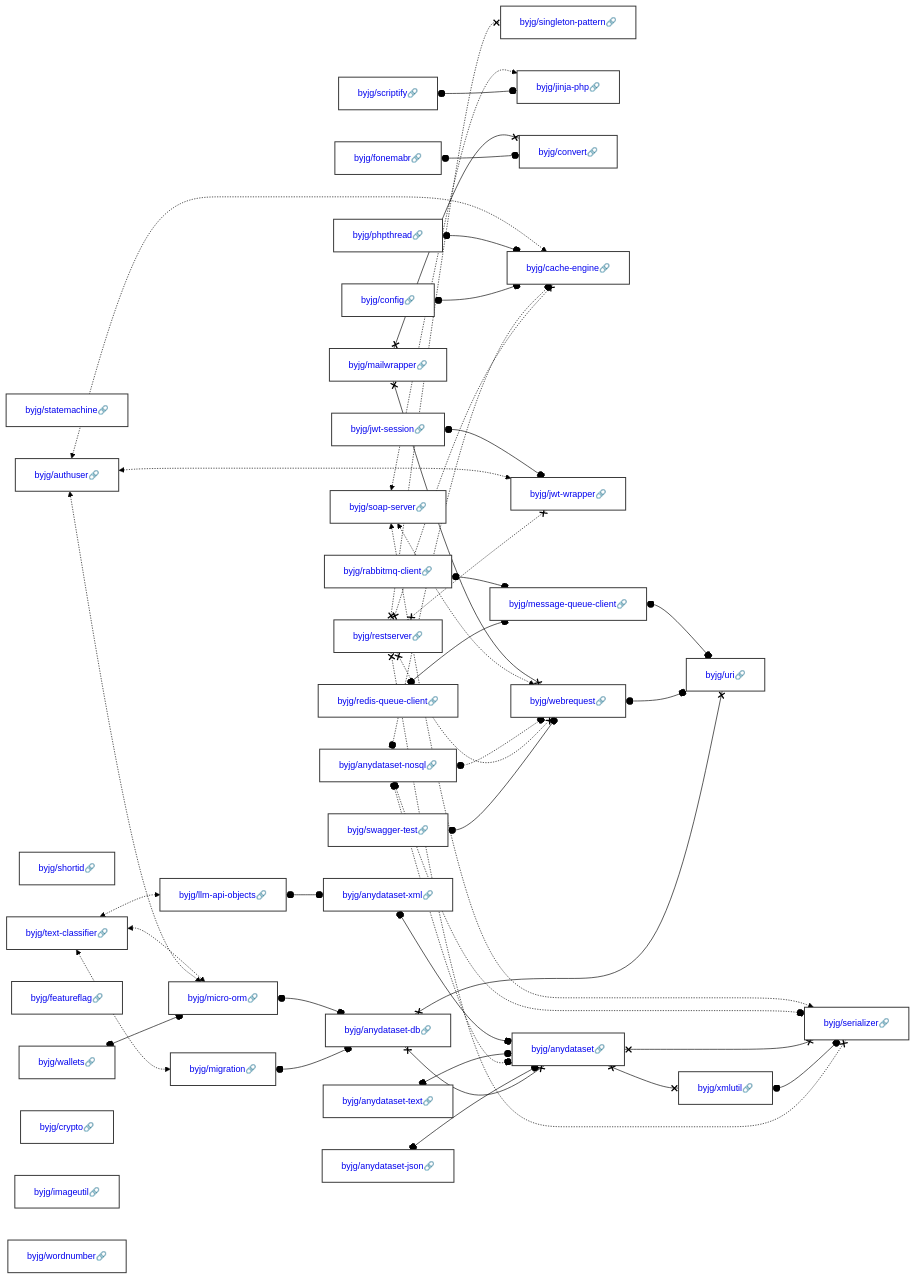
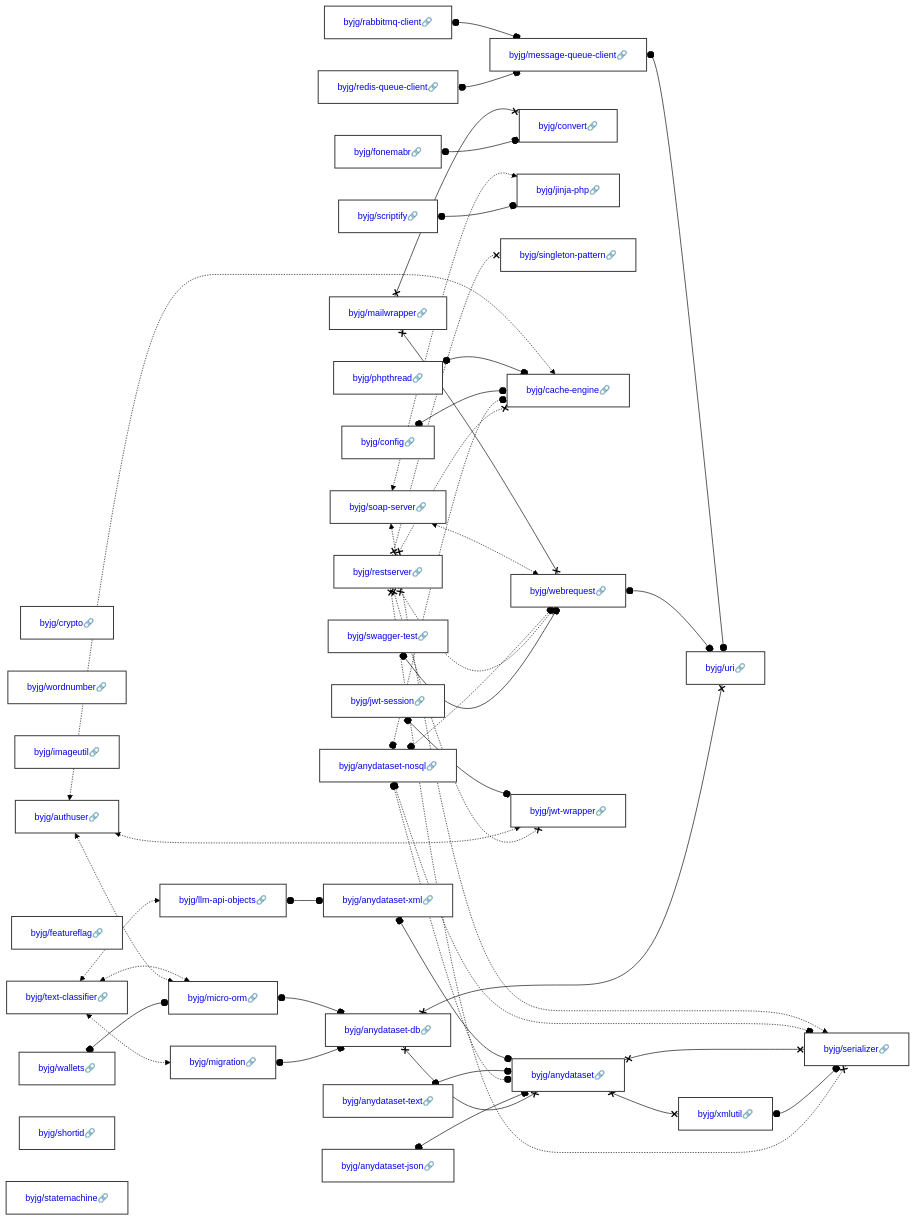
One commit to byjg/byjg.github.io changed the diagram in docs/php/README.md. Above: the diagram before and after it, drawn with Mermaid (forest theme). The commit also changed other lines of this file, not shown here.

Commit message:
Update documentation 'php' 'php-gluo-core'

````diff
--- a/docs/php/README.md
+++ b/docs/php/README.md
@@ -3,42 +3,42 @@
 ```mermaid
 graph LR;
-  byjg/statemachine[<a href='https://opensource.byjg.com/docs/php/statemachine' style='text-decoration:none'>byjg/statemachine🔗</a>];
+  byjg/jwt-session[<a href='https://opensource.byjg.com/docs/php/jwt-session' style='text-decoration:none'>byjg/jwt-session🔗</a>];
+  byjg/redis-queue-client[<a href='https://opensource.byjg.com/docs/php/redis-queue-client' style='text-decoration:none'>byjg/redis-queue-client🔗</a>];
+  byjg/rabbitmq-client[<a href='https://opensource.byjg.com/docs/php/rabbitmq-client' style='text-decoration:none'>byjg/rabbitmq-client🔗</a>];
+  byjg/crypto[<a href='https://opensource.byjg.com/docs/php/crypto' style='text-decoration:none'>byjg/crypto🔗</a>];
+  byjg/config[<a href='https://opensource.byjg.com/docs/php/config' style='text-decoration:none'>byjg/config🔗</a>];
+  byjg/wordnumber[<a href='https://opensource.byjg.com/docs/php/wordnumber' style='text-decoration:none'>byjg/wordnumber🔗</a>];
+  byjg/imageutil[<a href='https://opensource.byjg.com/docs/php/imageutil' style='text-decoration:none'>byjg/imageutil🔗</a>];
+  byjg/anydataset-json[<a href='https://opensource.byjg.com/docs/php/anydataset-json' style='text-decoration:none'>byjg/anydataset-json🔗</a>];
+  byjg/scriptify[<a href='https://opensource.byjg.com/docs/php/scriptify' style='text-decoration:none'>byjg/scriptify🔗</a>];
+  byjg/wallets[<a href='https://opensource.byjg.com/docs/php/wallets' style='text-decoration:none'>byjg/wallets🔗</a>];
   byjg/phpthread[<a href='https://opensource.byjg.com/docs/php/phpthread' style='text-decoration:none'>byjg/phpthread🔗</a>];
-  byjg/restserver[<a href='https://opensource.byjg.com/docs/php/restserver' style='text-decoration:none'>byjg/restserver🔗</a>];
-  byjg/soap-server[<a href='https://opensource.byjg.com/docs/php/soap-server' style='text-decoration:none'>byjg/soap-server🔗</a>];
-  byjg/wallets[<a href='https://opensource.byjg.com/docs/php/wallets' style='text-decoration:none'>byjg/wallets🔗</a>];
-  byjg/scriptify[<a href='https://opensource.byjg.com/docs/php/scriptify' style='text-decoration:none'>byjg/scriptify🔗</a>];
+  byjg/mailwrapper[<a href='https://opensource.byjg.com/docs/php/mailwrapper' style='text-decoration:none'>byjg/mailwrapper🔗</a>];
+  byjg/featureflag[<a href='https://opensource.byjg.com/docs/php/featureflag' style='text-decoration:none'>byjg/featureflag🔗</a>];
   byjg/anydataset-nosql[<a href='https://opensource.byjg.com/docs/php/anydataset-nosql' style='text-decoration:none'>byjg/anydataset-nosql🔗</a>];
-  byjg/jwt-session[<a href='https://opensource.byjg.com/docs/php/jwt-session' style='text-decoration:none'>byjg/jwt-session🔗</a>];
-  byjg/shortid[<a href='https://opensource.byjg.com/docs/php/shortid' style='text-decoration:none'>byjg/shortid🔗</a>];
-  byjg/text-classifier[<a href='https://opensource.byjg.com/docs/php/text-classifier' style='text-decoration:none'>byjg/text-classifier🔗</a>];
-  byjg/featureflag[<a href='https://opensource.byjg.com/docs/php/featureflag' style='text-decoration:none'>byjg/featureflag🔗</a>];
-  byjg/anydataset-json[<a href='https://opensource.byjg.com/docs/php/anydataset-json' style='text-decoration:none'>byjg/anydataset-json🔗</a>];
-  byjg/fonemabr[<a href='https://opensource.byjg.com/docs/php/fonemabr' style='text-decoration:none'>byjg/fonemabr🔗</a>];
-  byjg/mailwrapper[<a href='https://opensource.byjg.com/docs/php/mailwrapper' style='text-decoration:none'>byjg/mailwrapper🔗</a>];
-  byjg/config[<a href='https://opensource.byjg.com/docs/php/config' style='text-decoration:none'>byjg/config🔗</a>];
   byjg/anydataset-text[<a href='https://opensource.byjg.com/docs/php/anydataset-text' style='text-decoration:none'>byjg/anydataset-text🔗</a>];
   byjg/authuser[<a href='https://opensource.byjg.com/docs/php/authuser' style='text-decoration:none'>byjg/authuser🔗</a>];
-  byjg/crypto[<a href='https://opensource.byjg.com/docs/php/crypto' style='text-decoration:none'>byjg/crypto🔗</a>];
+  byjg/text-classifier[<a href='https://opensource.byjg.com/docs/php/text-classifier' style='text-decoration:none'>byjg/text-classifier🔗</a>];
+  byjg/shortid[<a href='https://opensource.byjg.com/docs/php/shortid' style='text-decoration:none'>byjg/shortid🔗</a>];
+  byjg/fonemabr[<a href='https://opensource.byjg.com/docs/php/fonemabr' style='text-decoration:none'>byjg/fonemabr🔗</a>];
+  byjg/soap-server[<a href='https://opensource.byjg.com/docs/php/soap-server' style='text-decoration:none'>byjg/soap-server🔗</a>];
   byjg/swagger-test[<a href='https://opensource.byjg.com/docs/php/swagger-test' style='text-decoration:none'>byjg/swagger-test🔗</a>];
-  byjg/imageutil[<a href='https://opensource.byjg.com/docs/php/imageutil' style='text-decoration:none'>byjg/imageutil🔗</a>];
-  byjg/wordnumber[<a href='https://opensource.byjg.com/docs/php/wordnumber' style='text-decoration:none'>byjg/wordnumber🔗</a>];
-  byjg/redis-queue-client[<a href='https://opensource.byjg.com/docs/php/redis-queue-client' style='text-decoration:none'>byjg/redis-queue-client🔗</a>];
-  byjg/rabbitmq-client[<a href='https://opensource.byjg.com/docs/php/rabbitmq-client' style='text-decoration:none'>byjg/rabbitmq-client🔗</a>];
-  byjg/singleton-pattern[<a href='https://opensource.byjg.com/docs/php/singleton-pattern' style='text-decoration:none'>byjg/singleton-pattern🔗</a>];
-  byjg/jinja-php[<a href='https://opensource.byjg.com/docs/php/jinja-php' style='text-decoration:none'>byjg/jinja-php🔗</a>];
+  byjg/restserver[<a href='https://opensource.byjg.com/docs/php/restserver' style='text-decoration:none'>byjg/restserver🔗</a>];
+  byjg/statemachine[<a href='https://opensource.byjg.com/docs/php/statemachine' style='text-decoration:none'>byjg/statemachine🔗</a>];
+  byjg/message-queue-client[<a href='https://opensource.byjg.com/docs/php/message-queue-client' style='text-decoration:none'>byjg/message-queue-client🔗</a>];
+  byjg/micro-orm[<a href='https://opensource.byjg.com/docs/php/micro-orm' style='text-decoration:none'>byjg/micro-orm🔗</a>];
   byjg/migration[<a href='https://opensource.byjg.com/docs/php/migration' style='text-decoration:none'>byjg/migration🔗</a>];
   byjg/llm-api-objects[<a href='https://opensource.byjg.com/docs/php/llm-api-objects' style='text-decoration:none'>byjg/llm-api-objects🔗</a>];
   byjg/convert[<a href='https://opensource.byjg.com/docs/php/convert' style='text-decoration:none'>byjg/convert🔗</a>];
-  byjg/micro-orm[<a href='https://opensource.byjg.com/docs/php/micro-orm' style='text-decoration:none'>byjg/micro-orm🔗</a>];
+  byjg/jinja-php[<a href='https://opensource.byjg.com/docs/php/jinja-php' style='text-decoration:none'>byjg/jinja-php🔗</a>];
+  byjg/singleton-pattern[<a href='https://opensource.byjg.com/docs/php/singleton-pattern' style='text-decoration:none'>byjg/singleton-pattern🔗</a>];
   byjg/cache-engine[<a href='https://opensource.byjg.com/docs/php/cache-engine' style='text-decoration:none'>byjg/cache-engine🔗</a>];
+  byjg/webrequest[<a href='https://opensource.byjg.com/docs/php/webrequest' style='text-decoration:none'>byjg/webrequest🔗</a>];
   byjg/jwt-wrapper[<a href='https://opensource.byjg.com/docs/php/jwt-wrapper' style='text-decoration:none'>byjg/jwt-wrapper🔗</a>];
-  byjg/webrequest[<a href='https://opensource.byjg.com/docs/php/webrequest' style='text-decoration:none'>byjg/webrequest🔗</a>];
-  byjg/message-queue-client[<a href='https://opensource.byjg.com/docs/php/message-queue-client' style='text-decoration:none'>byjg/message-queue-client🔗</a>];
+  byjg/anydataset-db[<a href='https://opensource.byjg.com/docs/php/anydataset-db' style='text-decoration:none'>byjg/anydataset-db🔗</a>];
   byjg/anydataset-xml[<a href='https://opensource.byjg.com/docs/php/anydataset-xml' style='text-decoration:none'>byjg/anydataset-xml🔗</a>];
-  byjg/anydataset-db[<a href='https://opensource.byjg.com/docs/php/anydataset-db' style='text-decoration:none'>byjg/anydataset-db🔗</a>];
+  byjg/uri[<a href='https://opensource.byjg.com/docs/php/uri' style='text-decoration:none'>byjg/uri🔗</a>];
   byjg/anydataset[<a href='https://opensource.byjg.com/docs/php/anydataset' style='text-decoration:none'>byjg/anydataset🔗</a>];
-  byjg/uri[<a href='https://opensource.byjg.com/docs/php/uri' style='text-decoration:none'>byjg/uri🔗</a>];
   byjg/xmlutil[<a href='https://opensource.byjg.com/docs/php/xmlutil' style='text-decoration:none'>byjg/xmlutil🔗</a>];
   byjg/serializer[<a href='https://opensource.byjg.com/docs/php/serializer' style='text-decoration:none'>byjg/serializer🔗</a>];
   byjg/anydataset-db x--x byjg/anydataset;
````
